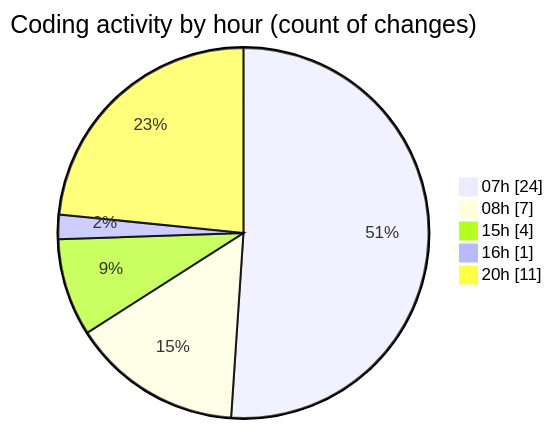
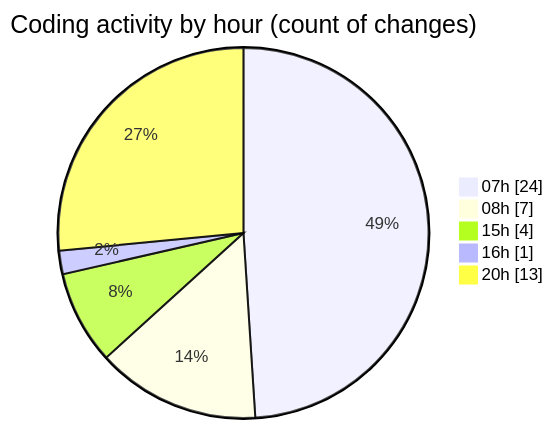
The second of 2 diagrams in 2025-03-10/mbc-web/README.md (robertbonfada/code-tracking), drawn with Mermaid before and after one commit. The commit also changed other lines of this file and 1 other file, not shown here.

````diff
--- a/2025-03-10/mbc-web/README.md
+++ b/2025-03-10/mbc-web/README.md
@@ -40,9 +41,9 @@
 ```mermaid
 pie showData
 title Coding activity by hour (count of changes)
 "07h" : 24
 "08h" : 7
 "15h" : 4
 "16h" : 1
-"20h" : 11
+"20h" : 13
 ```
````
